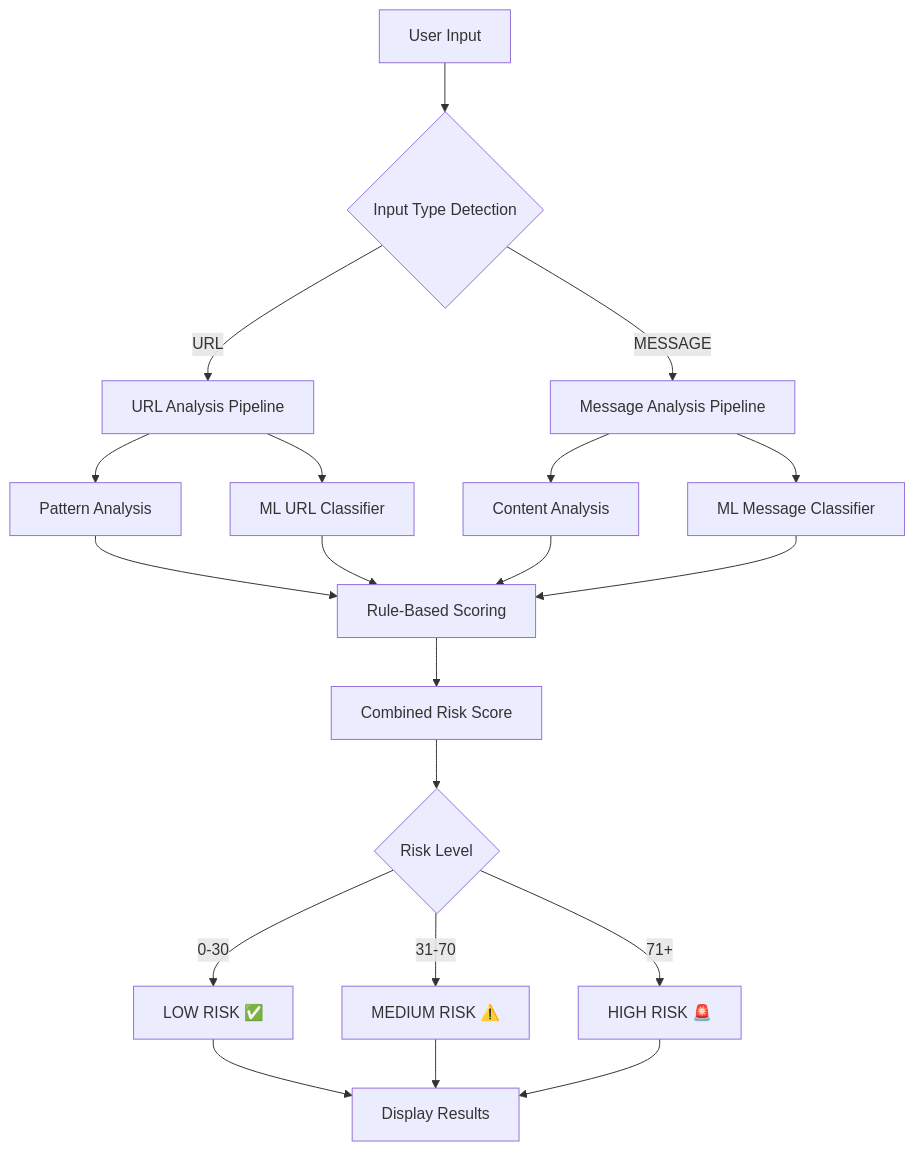
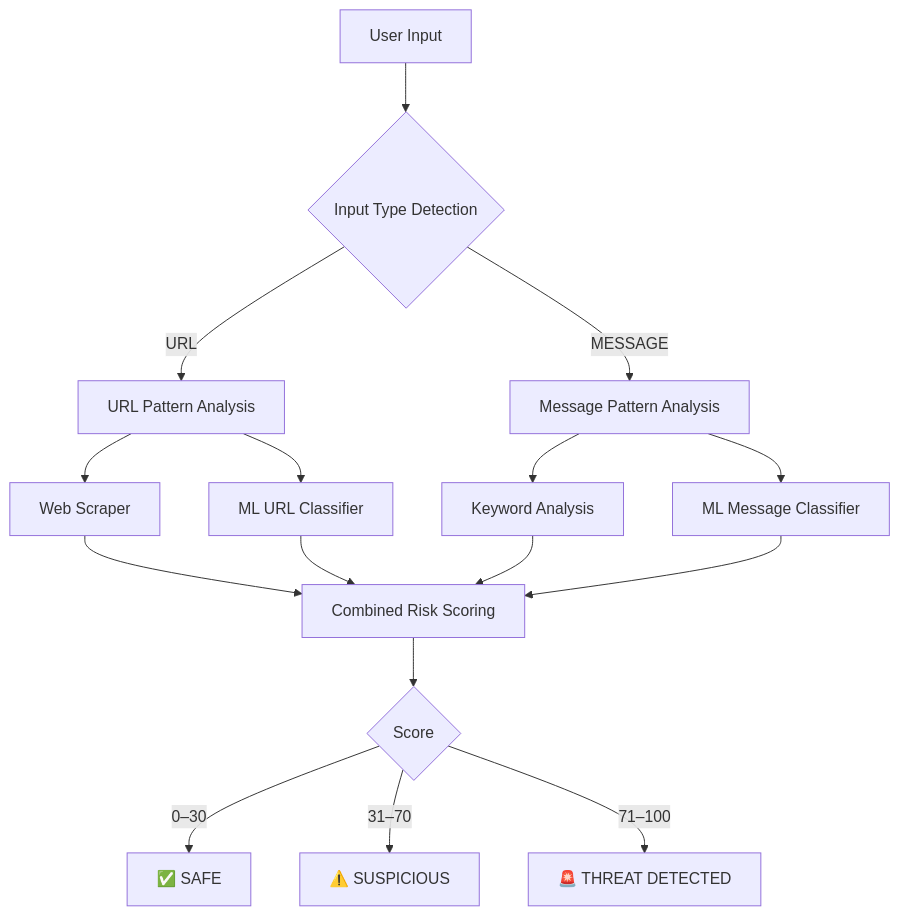
One commit to Sreelakshmi-K-S/SecureAssist changed the diagram in README.md. Above: the diagram before and after it, drawn with Mermaid. The commit also changed other lines of this file, not shown here.

````diff
--- a/README.md
+++ b/README.md
@@ -34,28 +38,18 @@
 ```mermaid
 graph TB
     A[User Input] --> B{Input Type Detection}
-    B -->|URL| C[URL Analysis Pipeline]
-    B -->|MESSAGE| D[Message Analysis Pipeline]
-    
-    C --> E[Pattern Analysis]
+    B -->|URL| C[URL Pattern Analysis]
+    B -->|MESSAGE| D[Message Pattern Analysis]
+
+    C --> E[Web Scraper]
     C --> F[ML URL Classifier]
-    
-    D --> G[Content Analysis]
+    D --> G[Keyword Analysis]
     D --> H[ML Message Classifier]
-    
-    E --> I[Rule-Based Scoring]
-    F --> I
-    G --> I
-    H --> I
-    
-    I --> J[Combined Risk Score]
-    J --> K{Risk Level}
-    
-    K -->|0-30| L[LOW RISK ✅]
-    K -->|31-70| M[MEDIUM RISK ⚠️]
-    K -->|71+| N[HIGH RISK 🚨]
-    
-    L --> O[Display Results]
-    M --> O
-    N --> O
+
+    E & F & G & H --> I[Combined Risk Scoring]
+    I --> J{Score}
+
+    J -->|0–30| K[✅ SAFE]
+    J -->|31–70| L[⚠️ SUSPICIOUS]
+    J -->|71–100| M[🚨 THREAT DETECTED]
 ```
````
